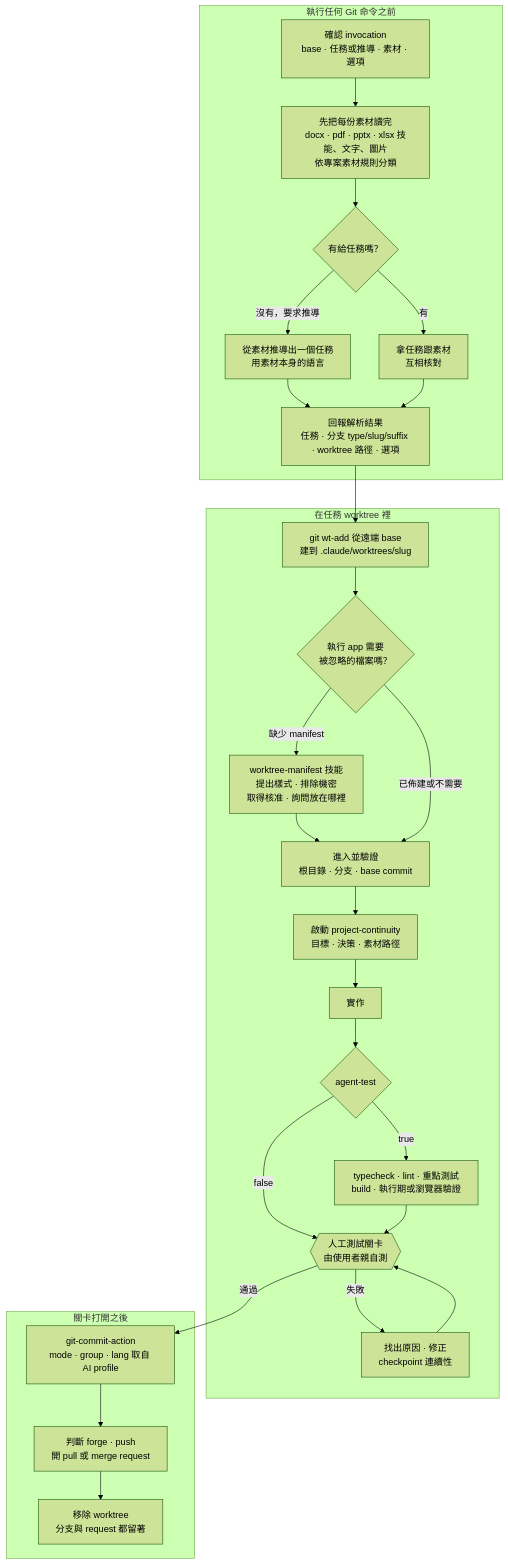
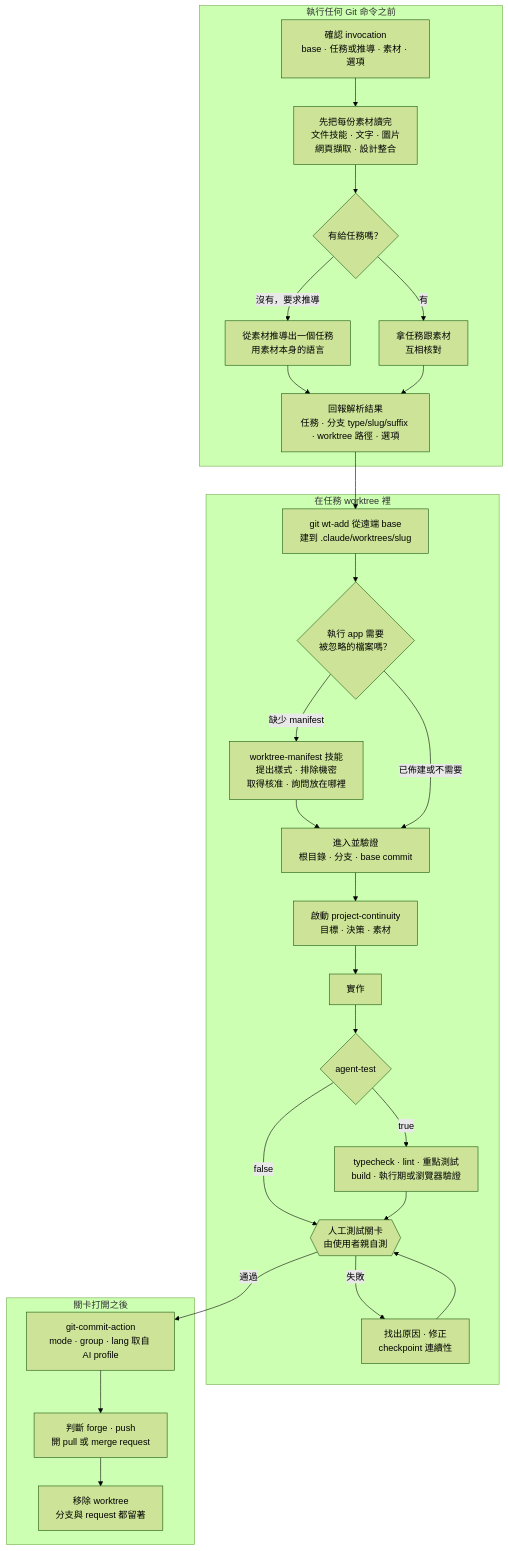
The second of 3 diagrams in README.zh-TW.md (sherrilla71940/dotfiles), drawn with Mermaid (forest theme) before and after one commit. The commit also changed other lines of this file and 1 other file, not shown here.

````diff
--- a/README.zh-TW.md
+++ b/README.zh-TW.md
@@ -235,49 +236,49 @@
 ```mermaid
 flowchart TD
     subgraph resolve["執行任何 Git 命令之前"]
         A["確認 invocation<br/>base · 任務或推導 · 素材 · 選項"]
-        B["先把每份素材讀完<br/>docx · pdf · pptx · xlsx 技能、文字、圖片<br/>依專案素材規則分類"]
+        B["先把每份素材讀完<br/>文件技能 · 文字 · 圖片<br/>網頁擷取 · 設計整合"]
         C{"有給任務嗎？"}
         D["從素材推導出一個任務<br/>用素材本身的語言"]
         E["拿任務跟素材<br/>互相核對"]
         F["回報解析結果<br/>任務 · 分支 type/slug/suffix · worktree 路徑 · 選項"]
         A --> B --> C
         C -->|"沒有，要求推導"| D
         C -->|"有"| E
         D --> F
         E --> F
     end
 
     subgraph isolate["在任務 worktree 裡"]
         G["git wt-add 從遠端 base<br/>建到 .claude/worktrees/slug"]
         H{"執行 app 需要<br/>被忽略的檔案嗎？"}
         I["worktree-manifest 技能<br/>提出樣式 · 排除機密<br/>取得核准 · 詢問放在哪裡"]
         J["進入並驗證<br/>根目錄 · 分支 · base commit"]
-        K["啟動 project-continuity<br/>目標 · 決策 · 素材路徑"]
+        K["啟動 project-continuity<br/>目標 · 決策 · 素材"]
         L["實作"]
         M{"agent-test"}
         N["typecheck · lint · 重點測試<br/>build · 執行期或瀏覽器驗證"]
         O{{"人工測試關卡<br/>由使用者親自測"}}
         P["找出原因 · 修正<br/>checkpoint 連續性"]
         G --> H
         H -->|"缺少 manifest"| I
         I --> J
         H -->|"已佈建或不需要"| J
         J --> K --> L --> M
         M -->|"true"| N
         M -->|"false"| O
         N --> O
         O -->|"失敗"| P
         P --> O
     end
 
     subgraph publish["關卡打開之後"]
         Q["git-commit-action<br/>mode · group · lang 取自 AI profile"]
         R["判斷 forge · push<br/>開 pull 或 merge request"]
         S["移除 worktree<br/>分支與 request 都留著"]
         Q --> R --> S
     end
 
     F --> G
     O -->|"通過"| Q
 ```
````
